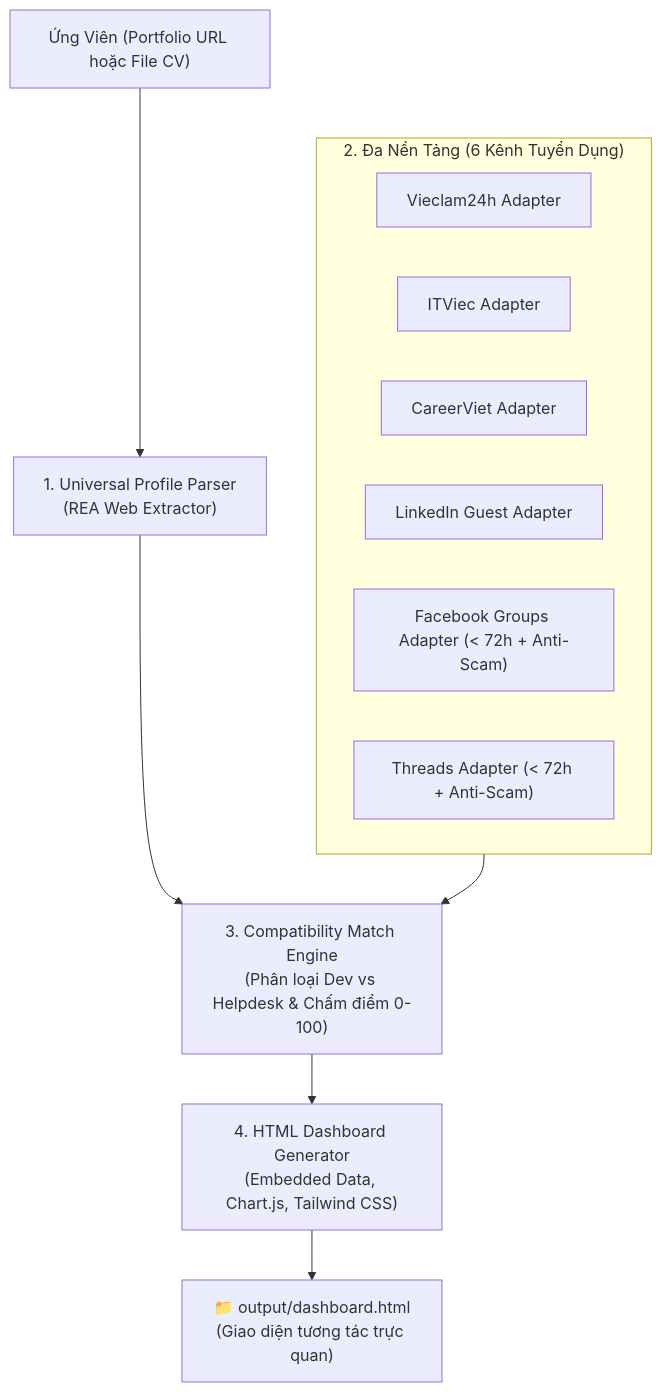
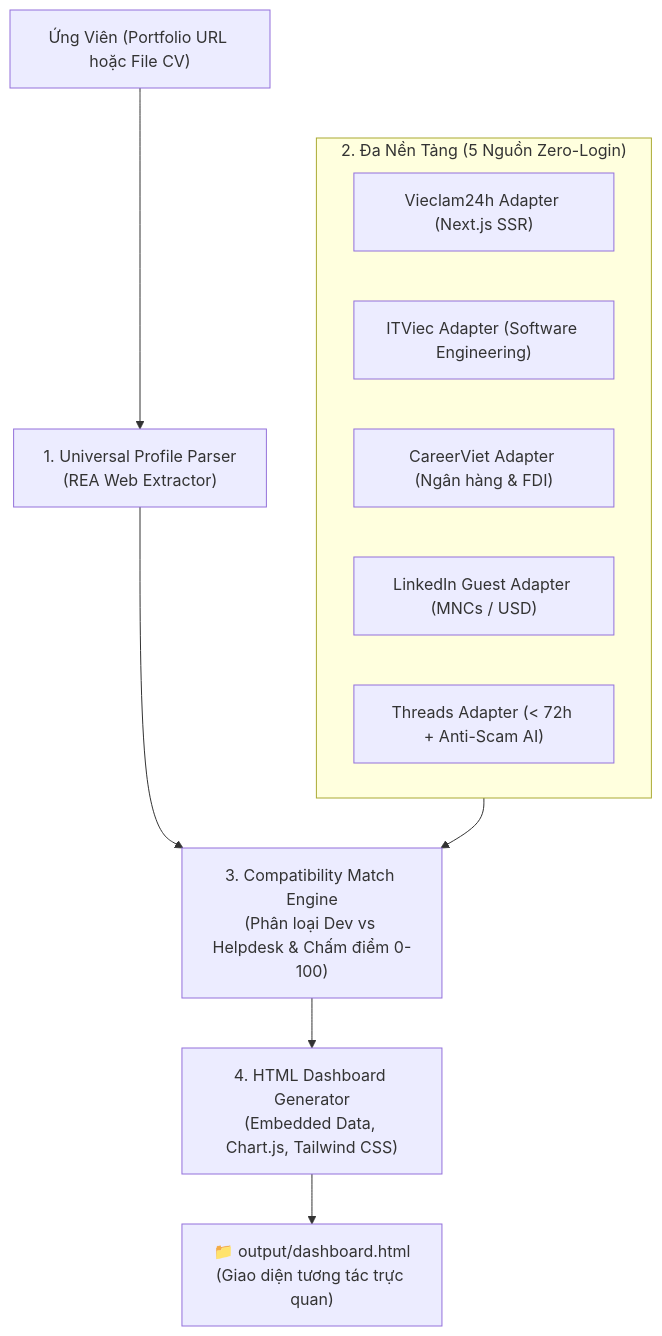
Before and after one commit to thieuhoang2002/job-scout-vn: the diagram in README.md, drawn with Mermaid. The commit also changed other lines of this file and 6 other files, not shown here.

Commit message:
feat: streamline to 5 zero-login platforms and introduce situational prompt system

````diff
--- a/README.md
+++ b/README.md
@@ -58,19 +57,18 @@
 ```mermaid
 flowchart TD
     Candidate["Ứng Viên (Portfolio URL hoặc File CV)"] --> Parser["1. Universal Profile Parser<br/>(REA Web Extractor)"]
     
-    subgraph ScrapingLayer ["2. Đa Nền Tảng (6 Kênh Tuyển Dụng)"]
-        S1["Vieclam24h Adapter"]
-        S2["ITViec Adapter"]
-        S3["CareerViet Adapter"]
-        S4["LinkedIn Guest Adapter"]
-        S5["Facebook Groups Adapter (&lt; 72h + Anti-Scam)"]
-        S6["Threads Adapter (&lt; 72h + Anti-Scam)"]
+    subgraph ScrapingLayer ["2. Đa Nền Tảng (5 Nguồn Zero-Login)"]
+        S1["Vieclam24h Adapter (Next.js SSR)"]
+        S2["ITViec Adapter (Software Engineering)"]
+        S3["CareerViet Adapter (Ngân hàng & FDI)"]
+        S4["LinkedIn Guest Adapter (MNCs / USD)"]
+        S5["Threads Adapter (&lt; 72h + Anti-Scam AI)"]
     end
     
     Parser --> MatchEngine["3. Compatibility Match Engine<br/>(Phân loại Dev vs Helpdesk & Chấm điểm 0-100)"]
     ScrapingLayer --> MatchEngine
     
     MatchEngine --> Generator["4. HTML Dashboard Generator<br/>(Embedded Data, Chart.js, Tailwind CSS)"]
     Generator --> HTMLOut["📁 output/dashboard.html<br/>(Giao diện tương tác trực quan)"]
 ```
````
